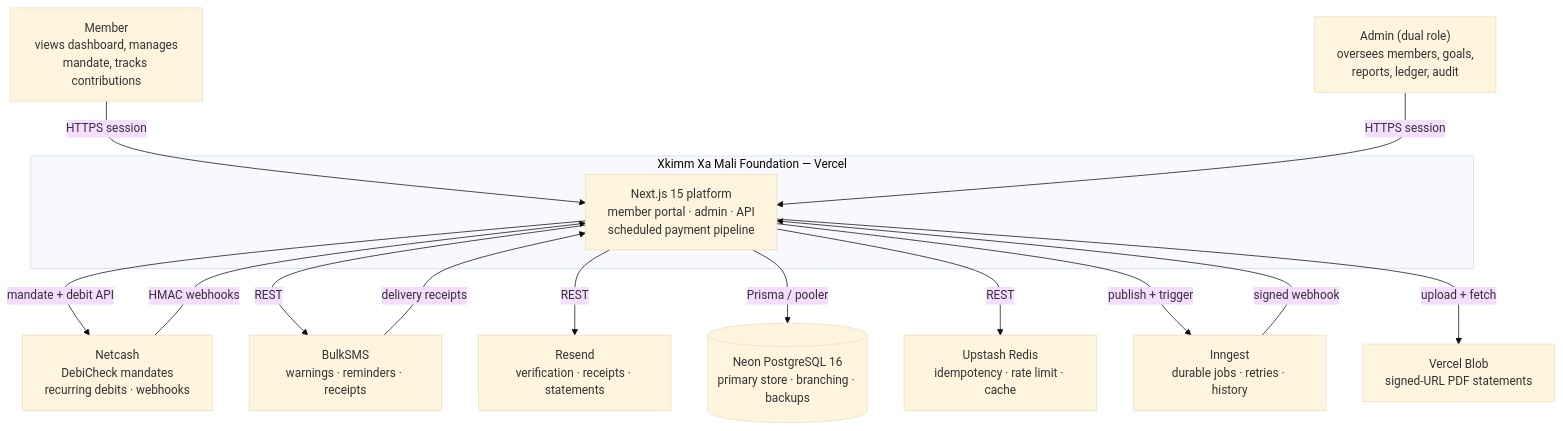
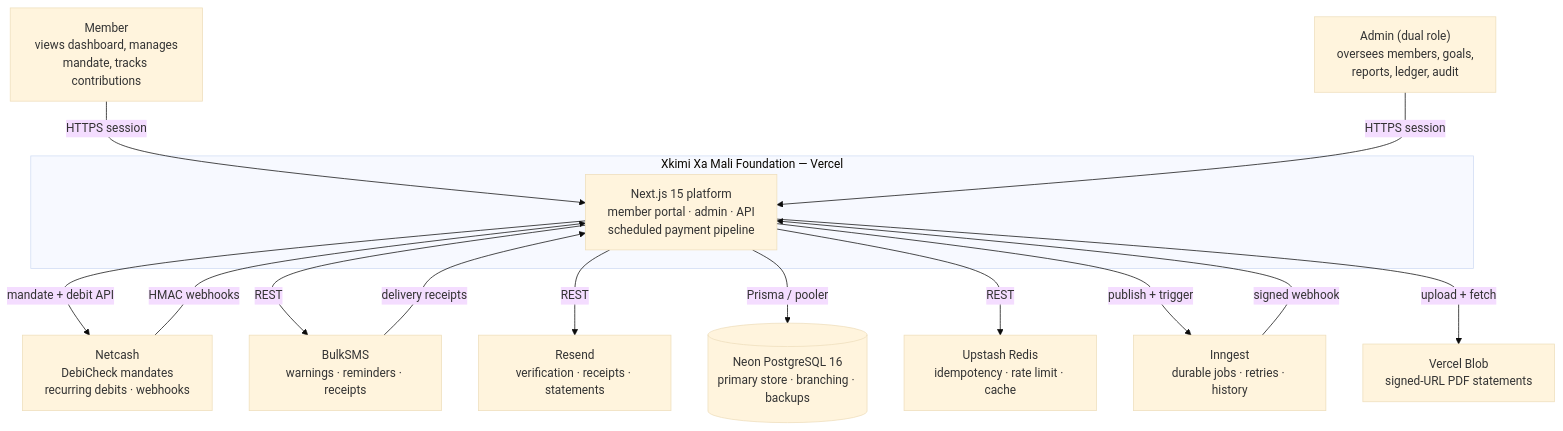
Before and after one commit to KSDRILL-SA/Xkimi-Xa-Mali: the first of 2 diagrams in docs/architecture/01-system-context.md, drawn with Mermaid (base theme). The commit also changed 99 other files, not shown here.

First line of the commit message:
fix: Xkimm→Xkimi rename + mobile header/hero/nav/login fixes (#408)

````diff
--- a/docs/architecture/01-system-context.md
+++ b/docs/architecture/01-system-context.md
@@ -16,28 +16,28 @@
 ```mermaid
 flowchart TB
     MEMBER["Member<br/>views dashboard, manages<br/>mandate, tracks contributions"]
     ADMIN["Admin (dual role)<br/>oversees members, goals,<br/>reports, ledger, audit"]
 
-    subgraph XXM["Xkimm Xa Mali Foundation — Vercel"]
+    subgraph XXM["Xkimi Xa Mali Foundation — Vercel"]
         APP["Next.js 15 platform<br/>member portal · admin · API<br/>scheduled payment pipeline"]
     end
 
     NETCASH["Netcash<br/>DebiCheck mandates<br/>recurring debits · webhooks"]
     BULKSMS["BulkSMS<br/>warnings · reminders · receipts"]
     RESEND["Resend<br/>verification · receipts · statements"]
     NEON[("Neon PostgreSQL 16<br/>primary store · branching · backups")]
     UPSTASH["Upstash Redis<br/>idempotency · rate limit · cache"]
     INNGEST["Inngest<br/>durable jobs · retries · history"]
     BLOB["Vercel Blob<br/>signed-URL PDF statements"]
 
     MEMBER & ADMIN -->|HTTPS session| APP
     APP -->|mandate + debit API| NETCASH
     NETCASH -->|HMAC webhooks| APP
     APP -->|REST| BULKSMS & RESEND
     BULKSMS -->|delivery receipts| APP
     APP -->|Prisma / pooler| NEON
     APP -->|REST| UPSTASH
     APP -->|publish + trigger| INNGEST
     INNGEST -->|signed webhook| APP
     APP -->|upload + fetch| BLOB
 ```
````
